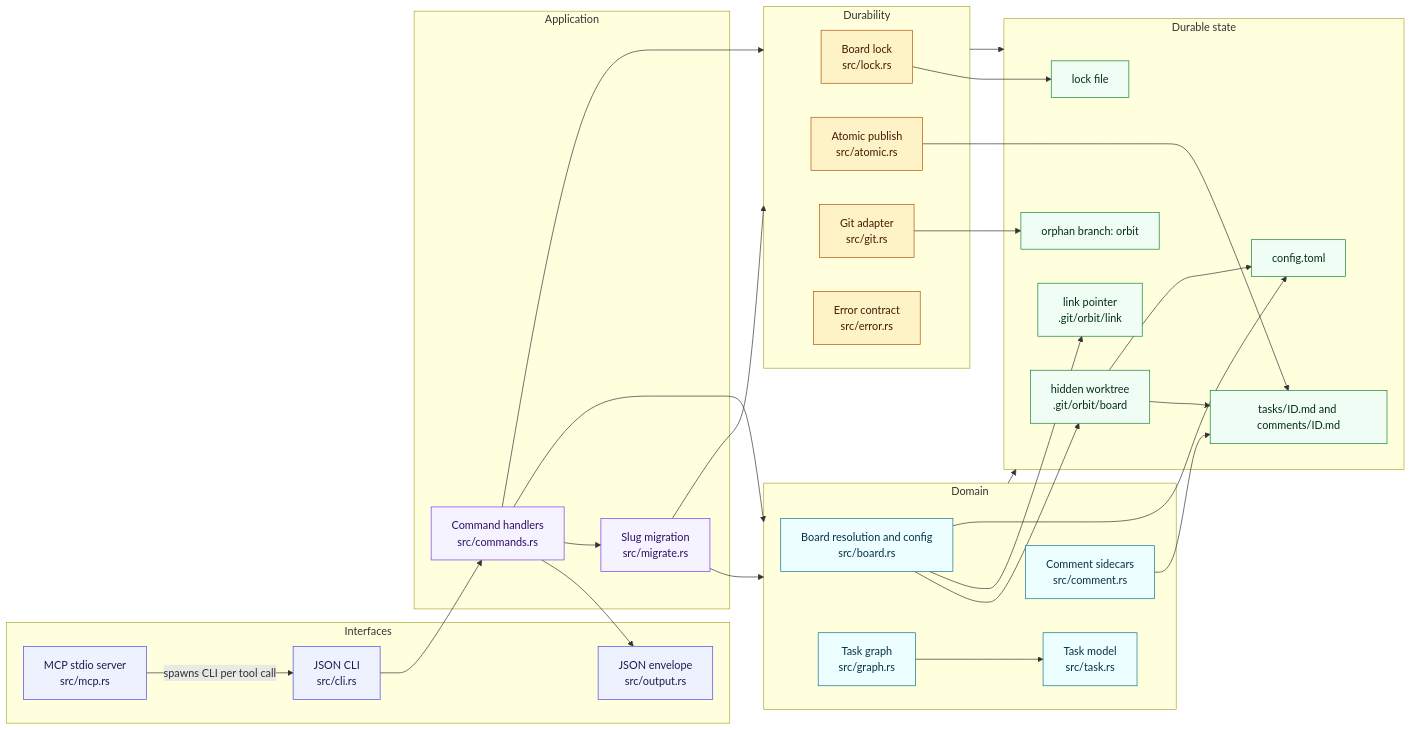
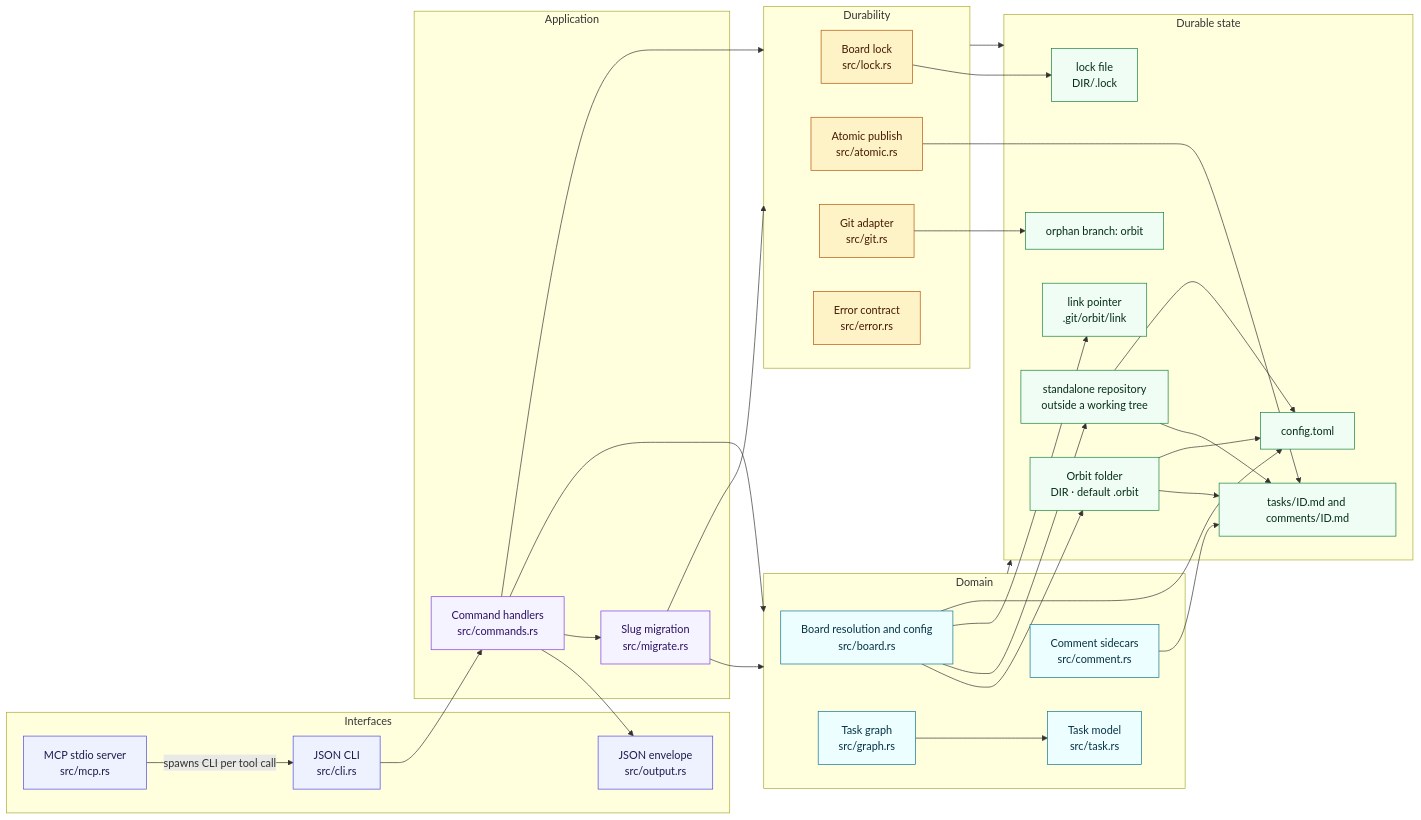
The first of 2 diagrams in docs/SPEC.md (rcmendes/orbit), drawn with Mermaid before and after one commit. The commit also changed other lines of this file and 12 other files, not shown here.

Commit message:
docs: define the Orbit folder in ADR 0012

````diff
--- a/docs/SPEC.md
+++ b/docs/SPEC.md
@@ -42,69 +42,73 @@
 ```mermaid
 flowchart LR
     subgraph Interfaces["Interfaces"]
         CLI["JSON CLI<br/>src/cli.rs"]
         MCP["MCP stdio server<br/>src/mcp.rs"]
         OUT["JSON envelope<br/>src/output.rs"]
     end
 
     subgraph Application["Application"]
         CMD["Command handlers<br/>src/commands.rs"]
         MIGRATE["Slug migration<br/>src/migrate.rs"]
     end
 
     subgraph Domain["Domain"]
         BOARD["Board resolution and config<br/>src/board.rs"]
         GRAPH["Task graph<br/>src/graph.rs"]
         TASK["Task model<br/>src/task.rs"]
         COMMENTS["Comment sidecars<br/>src/comment.rs"]
     end
 
     subgraph Durability["Durability"]
         LOCK["Board lock<br/>src/lock.rs"]
         ATOMIC["Atomic publish<br/>src/atomic.rs"]
         GIT["Git adapter<br/>src/git.rs"]
         ERR["Error contract<br/>src/error.rs"]
     end
 
     subgraph Data["Durable state"]
         BRANCH["orphan branch: orbit"]
-        WORKTREE["hidden worktree<br/>.git/orbit/board"]
+        ORBITFOLDER["Orbit folder<br/>DIR · default .orbit"]
+        STANDALONE["standalone repository<br/>outside a working tree"]
         LINK["link pointer<br/>.git/orbit/link"]
         FILES["tasks/ID.md and comments/ID.md"]
         CONFIG["config.toml"]
-        LOCKFILE["lock file"]
+        LOCKFILE["lock file<br/>DIR/.lock"]
     end
 
     CLI --> CMD
     MCP -->|spawns CLI per tool call| CLI
     CMD --> OUT
     CMD --> MIGRATE
     CMD --> Domain
     CMD --> Durability
     MIGRATE --> Domain
     MIGRATE --> Durability
     Domain --> Data
     Durability --> Data
     GRAPH --> TASK
-    BOARD --> WORKTREE
+    BOARD --> ORBITFOLDER
+    BOARD --> STANDALONE
     BOARD --> LINK
     BOARD --> CONFIG
     GIT --> BRANCH
     ATOMIC --> FILES
     COMMENTS --> FILES
     LOCK --> LOCKFILE
-    WORKTREE --> FILES
-    WORKTREE --> CONFIG
+    ORBITFOLDER --> FILES
+    ORBITFOLDER --> CONFIG
+    STANDALONE --> FILES
+    STANDALONE --> CONFIG
 
     classDef iface fill:#eef2ff,stroke:#4f46e5,color:#1e1b4b
     classDef app fill:#f5f3ff,stroke:#7c3aed,color:#2e1065
     classDef domain fill:#ecfeff,stroke:#0e7490,color:#083344
     classDef durable fill:#fef3c7,stroke:#b45309,color:#451a03
     classDef store fill:#f0fdf4,stroke:#15803d,color:#052e16
 
     class CLI,MCP,OUT iface
     class CMD,MIGRATE app
     class BOARD,GRAPH,TASK,COMMENTS domain
     class LOCK,ATOMIC,GIT,ERR durable
-    class BRANCH,WORKTREE,LINK,FILES,CONFIG,LOCKFILE store
+    class BRANCH,ORBITFOLDER,STANDALONE,LINK,FILES,CONFIG,LOCKFILE store
 ```
````
